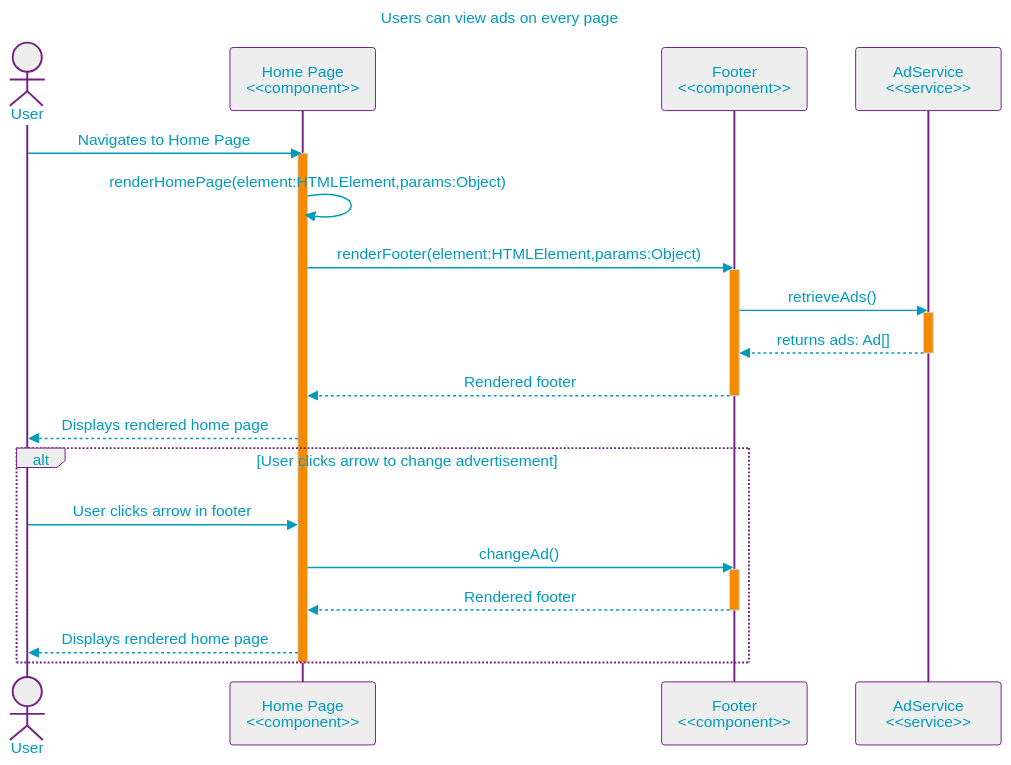
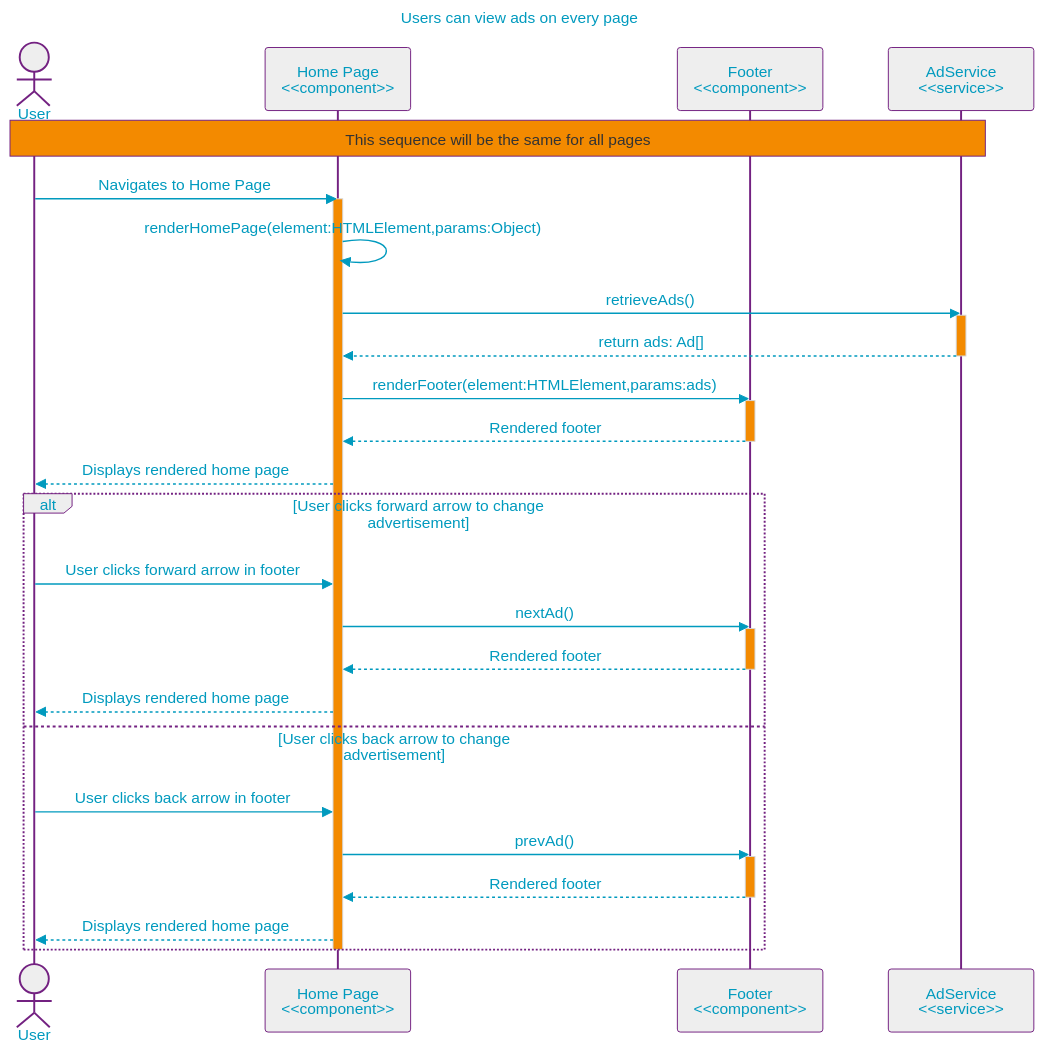
Before and after one commit to null-0ne/COSA-195-Gamehub: the diagram in uml/seq-story-10-ad-footer.md, drawn with Mermaid. The commit also changed 6 other files, not shown here.

Commit message:
Updated seq-story-10 and icd diagram, finished ad-service, implemented footer div in index.html

````diff
--- a/uml/seq-story-10-ad-footer.md
+++ b/uml/seq-story-10-ad-footer.md
@@ -3,41 +3,48 @@
 ```mermaid
 %%{init:{"securityLevel":"loose","layout":"elk","elk":{"nodePlacementStrategy":"NETWORK_SIMPLEX"},"theme":"base",
 "themeVariables":{"primaryColor":"#EEE","primaryTextColor":"#009ABE","primaryBorderColor":"#732181","lineColor":"#009ABE","noteBorderColor":"#732181","noteBkgColor":"#F38A00","activationBkgColor":"#F38A00"    }
 }}%%
 %%----------------------- MERMAID MARKUP BELOW --------------------%%
 
 
 sequenceDiagram
 title: Users can view ads on every page
 
     actor u as User
     participant h as Home Page<br><<component>>
     participant a as Footer<br><<component>>
     participant s as AdService<br><<service>>
-
+    Note over u,s: This sequence will be the same for all pages
     u->>h: Navigates to Home Page
     activate h
         h ->> h: renderHomePage(element:HTMLElement,params:Object)
-        h ->> a: renderFooter(element:HTMLElement,params:Object)
+        h ->> s: retrieveAds()
+        activate s
+            s -->> h: return ads: Ad[]
+        deactivate s
+        h ->> a: renderFooter(element:HTMLElement,params:ads)
         activate a
-            a ->> s: retrieveAds()
-            activate s
-                s -->> a: returns ads: Ad[]
-            deactivate s
             a -->> h: Rendered footer
         deactivate a
         h -->> u: Displays rendered home page
-        alt User clicks arrow to change advertisement
-            u ->> h: User clicks arrow in footer
-            h ->> a: changeAd()
+        alt User clicks forward arrow to change advertisement
+            u ->> h: User clicks forward arrow in footer
+            h ->> a: nextAd()
             activate a
-            a -->> h: Rendered footer
+                a -->> h: Rendered footer
+            deactivate a
+            h -->> u: Displays rendered home page
+        else User clicks back arrow to change advertisement
+            u ->> h: User clicks back arrow in footer
+            h ->> a: prevAd()
+            activate a
+                a -->> h: Rendered footer
             deactivate a
             h -->> u: Displays rendered home page
         end
     deactivate h
 
 
 
 %%----------------------- MERMAID MARKUP ABOVE --------------------%%
 ```
````
